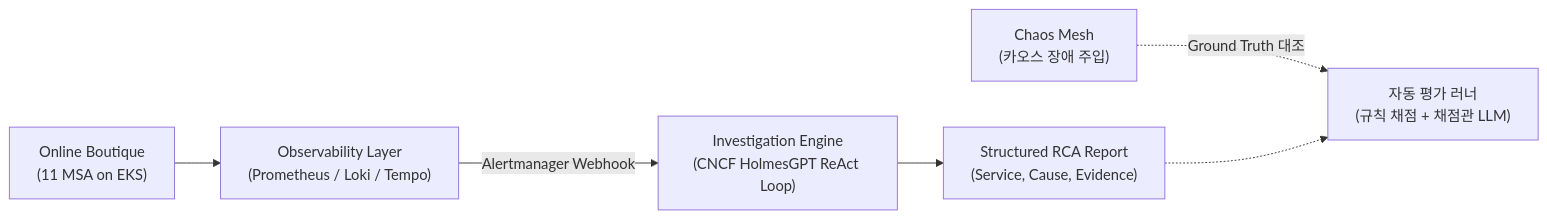
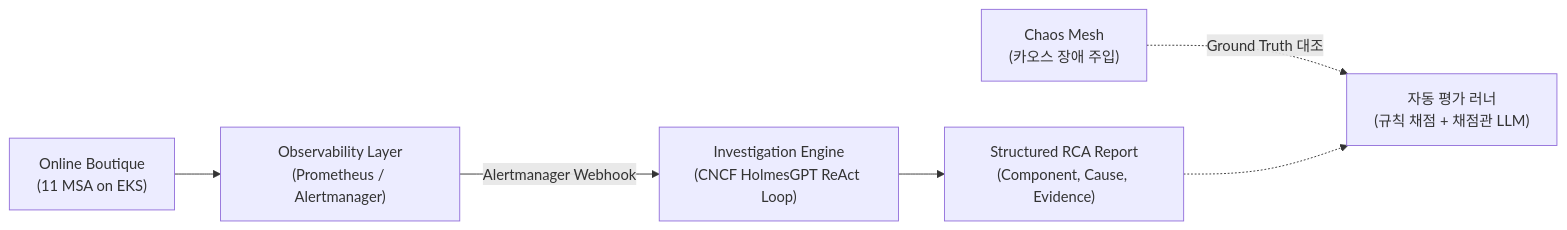
The diagram in README.md (kim001hs/aiops-rca-bench), drawn with Mermaid before and after one commit. The commit also changed other lines of this file, not shown here.

````diff
--- a/README.md
+++ b/README.md
@@ -47,9 +47,9 @@
 ```mermaid
 flowchart LR
-    Apps["Online Boutique<br/>(11 MSA on EKS)"] --> Obs["Observability Layer<br/>(Prometheus / Loki / Tempo)"]
+    Apps["Online Boutique<br/>(11 MSA on EKS)"] --> Obs["Observability Layer<br/>(Prometheus / Alertmanager)"]
     Obs -->|Alertmanager Webhook| Engine["Investigation Engine<br/>(CNCF HolmesGPT ReAct Loop)"]
-    Engine --> Report["Structured RCA Report<br/>(Service, Cause, Evidence)"]
+    Engine --> Report["Structured RCA Report<br/>(Component, Cause, Evidence)"]
     
     Chaos["Chaos Mesh<br/>(카오스 장애 주입)"] -.->|Ground Truth 대조| Eval["자동 평가 러너<br/>(규칙 채점 + 채점관 LLM)"]
     Report -.-> Eval
 ```
````
